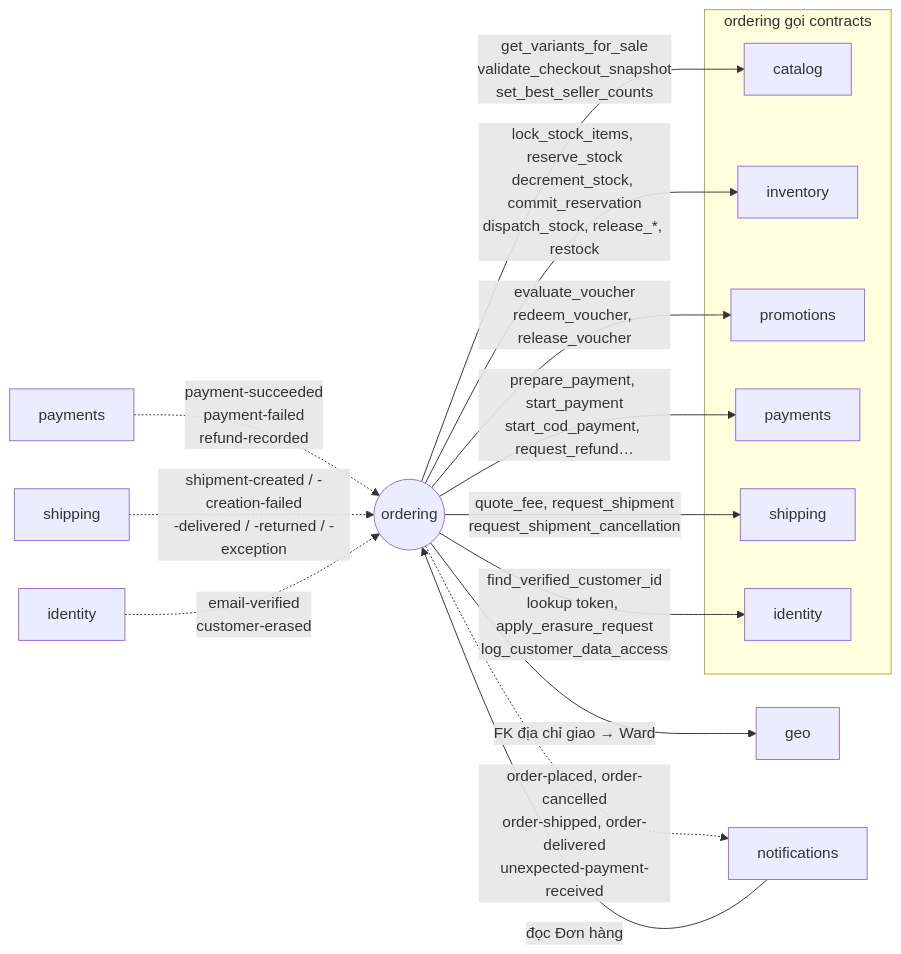
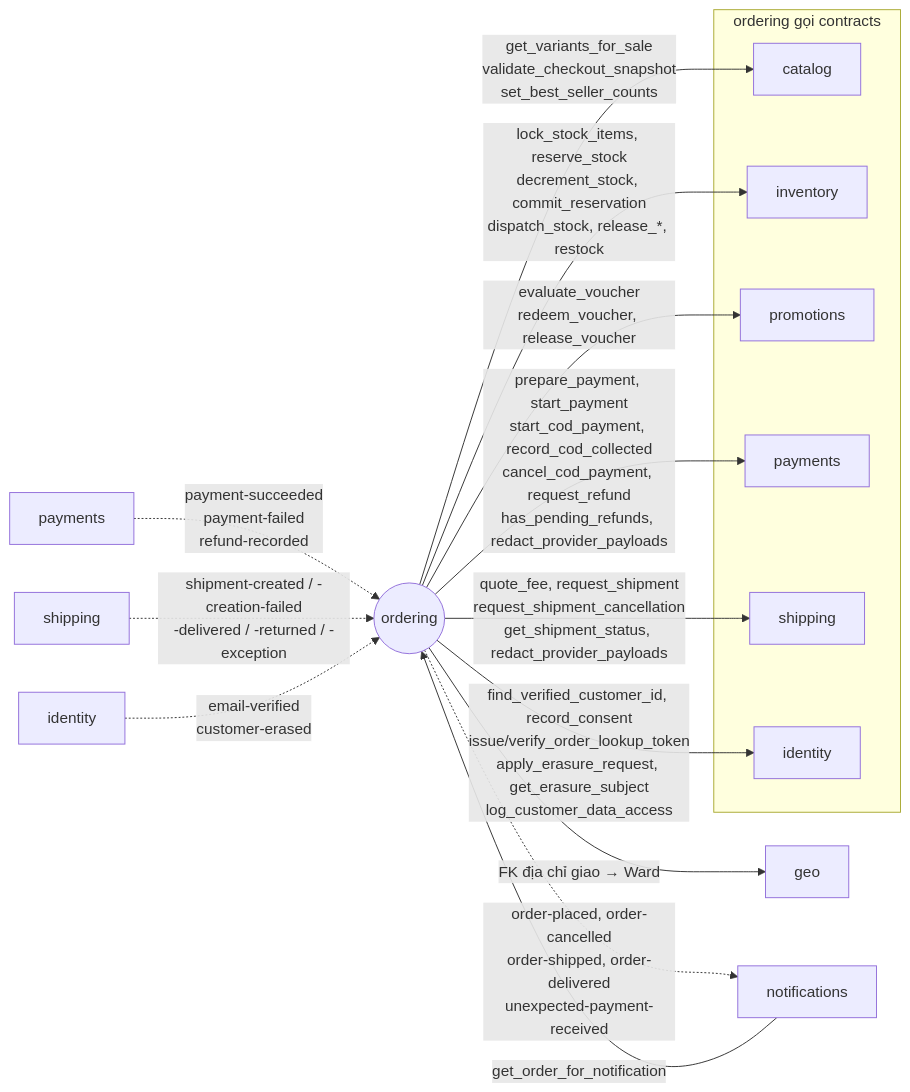
One commit to LuongCongThanh/fashion-store-backend changed the diagram in docs/architecture/modules/ordering.md. Above: the diagram before and after it, drawn with Mermaid. The commit also changed other lines of this file and 15 other files, not shown here.

````diff
--- a/docs/architecture/modules/ordering.md
+++ b/docs/architecture/modules/ordering.md
@@ -55,28 +57,28 @@
 ```mermaid
 graph LR
     subgraph calls["ordering gọi contracts"]
         catalog
         inventory
         promotions
         payments_c[payments]
         shipping_c[shipping]
         identity_c[identity]
     end
 
     ordering((ordering))
 
     ordering -->|"get_variants_for_sale<br/>validate_checkout_snapshot<br/>set_best_seller_counts"| catalog
     ordering -->|"lock_stock_items, reserve_stock<br/>decrement_stock, commit_reservation<br/>dispatch_stock, release_*, restock"| inventory
     ordering -->|"evaluate_voucher<br/>redeem_voucher, release_voucher"| promotions
-    ordering -->|"prepare_payment, start_payment<br/>start_cod_payment, request_refund…"| payments_c
-    ordering -->|"quote_fee, request_shipment<br/>request_shipment_cancellation"| shipping_c
-    ordering -->|"find_verified_customer_id<br/>lookup token, apply_erasure_request<br/>log_customer_data_access"| identity_c
+    ordering -->|"prepare_payment, start_payment<br/>start_cod_payment, record_cod_collected<br/>cancel_cod_payment, request_refund<br/>has_pending_refunds, redact_provider_payloads"| payments_c
+    ordering -->|"quote_fee, request_shipment<br/>request_shipment_cancellation<br/>get_shipment_status, redact_provider_payloads"| shipping_c
+    ordering -->|"find_verified_customer_id, record_consent<br/>issue/verify_order_lookup_token<br/>apply_erasure_request, get_erasure_subject<br/>log_customer_data_access"| identity_c
 
     payments_e[payments] -.->|"payment-succeeded<br/>payment-failed<br/>refund-recorded"| ordering
     shipping_e[shipping] -.->|"shipment-created / -creation-failed<br/>-delivered / -returned / -exception"| ordering
     identity_e[identity] -.->|"email-verified<br/>customer-erased"| ordering
     ordering -->|"FK địa chỉ giao → Ward"| geo
 
     ordering -.->|"order-placed, order-cancelled<br/>order-shipped, order-delivered<br/>unexpected-payment-received"| notifications
-    notifications -->|"đọc Đơn hàng"| ordering
+    notifications -->|"get_order_for_notification"| ordering
 ```
````
